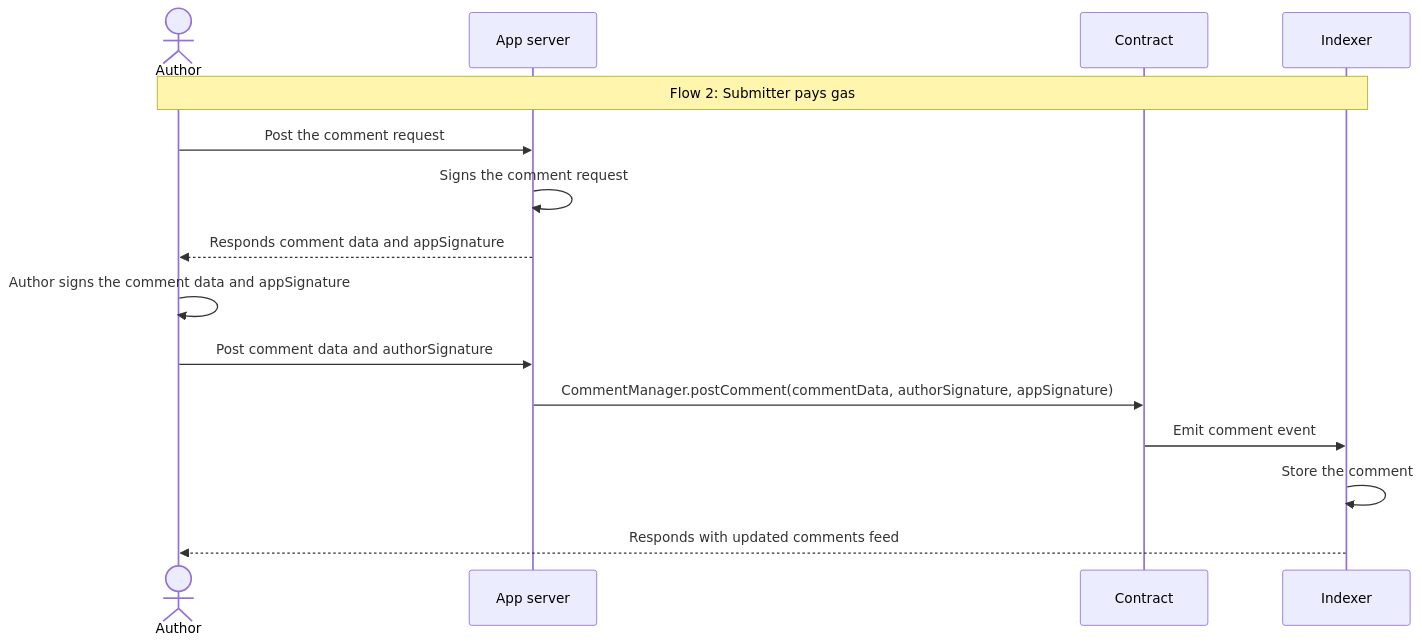
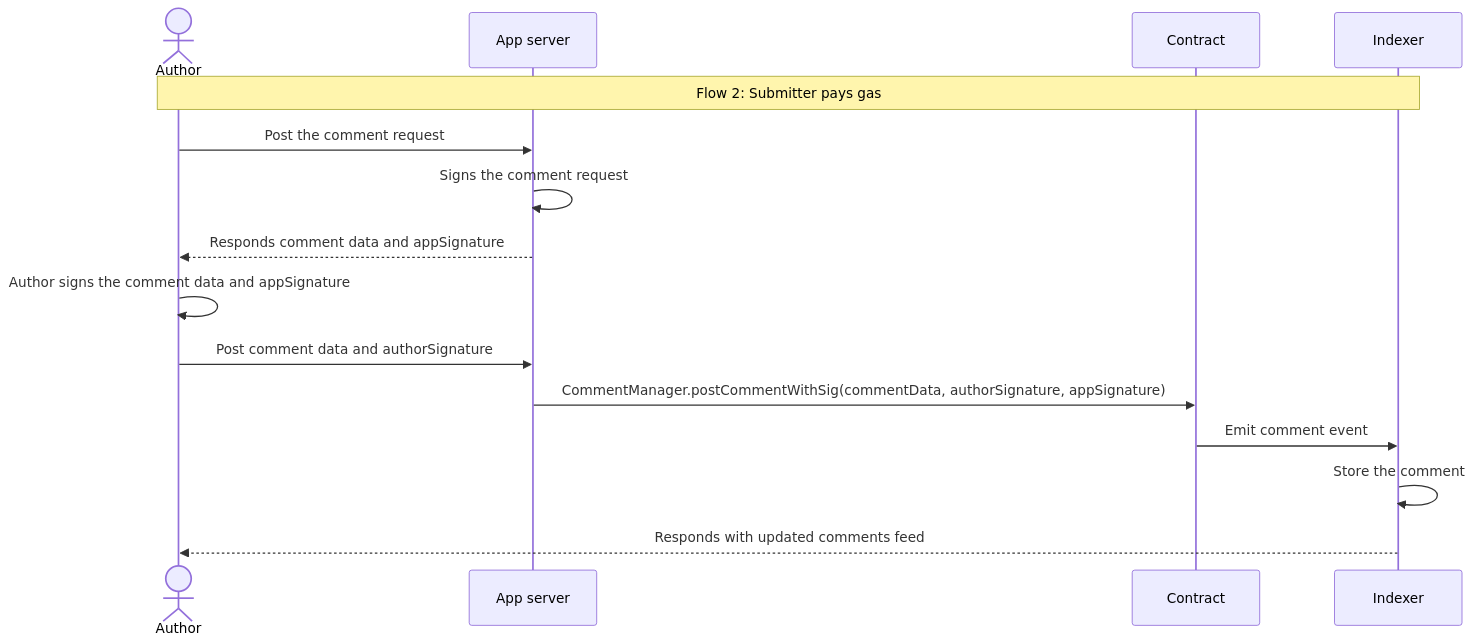
Before and after one commit to ecp-eth/comments-monorepo: the second of 3 diagrams in docs/pages/post-comment-flows.mdx, drawn with Mermaid. The commit also changed other lines of this file and 4 other files, not shown here.

````diff
--- a/docs/pages/post-comment-flows.mdx
+++ b/docs/pages/post-comment-flows.mdx
@@ -51,19 +51,19 @@
 ```mermaid
 sequenceDiagram
     actor Author
     participant App server
     participant Contract
     participant Indexer
 
     %% Flow 2: Submitter pays gas
     Note over Author,Indexer: Flow 2: Submitter pays gas
     Author->>App server: Post the comment request
     App server->>App server: Signs the comment request
     App server-->>Author: Responds comment data and appSignature
     Author->>Author: Author signs the comment data and appSignature
     Author->>App server: Post comment data and authorSignature
-    App server->>Contract: CommentManager.postComment(commentData, authorSignature, appSignature)
+    App server->>Contract: CommentManager.postCommentWithSig(commentData, authorSignature, appSignature)
     Contract->>Indexer: Emit comment event
     Indexer->>Indexer: Store the comment
     Indexer-->>Author: Responds with updated comments feed
 ```
````
